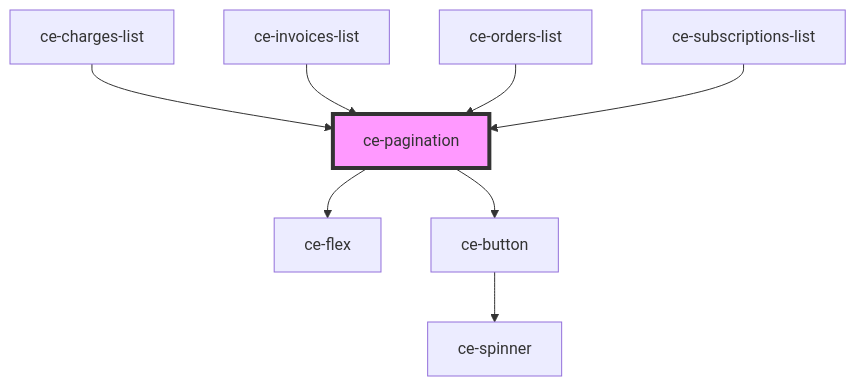
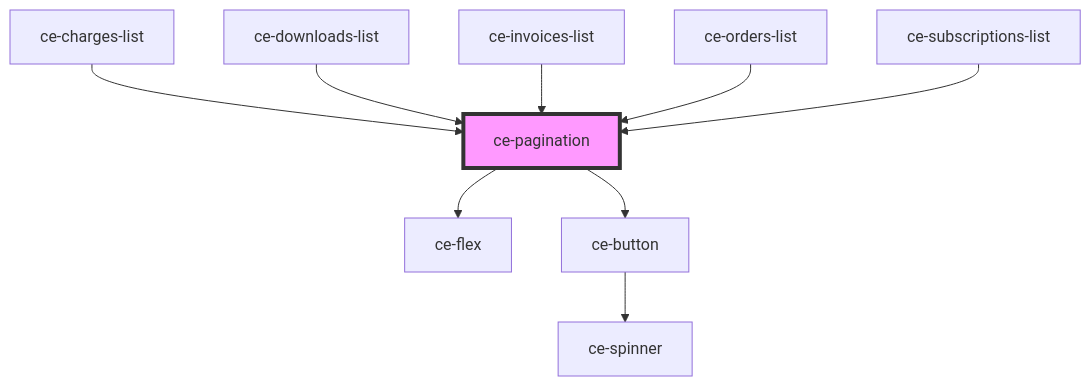
Before and after one commit to surecart/surecart-wp-plugin: the diagram in packages/components/src/components/ui/pagination/readme.md, drawn with Mermaid. The commit also changed other lines of this file and 29 other files, not shown here.

````diff
--- a/packages/components/src/components/ui/pagination/readme.md
+++ b/packages/components/src/components/ui/pagination/readme.md
@@ -42,11 +43,12 @@
 ```mermaid
 graph TD;
   ce-pagination --> ce-flex
   ce-pagination --> ce-button
   ce-button --> ce-spinner
   ce-charges-list --> ce-pagination
+  ce-downloads-list --> ce-pagination
   ce-invoices-list --> ce-pagination
   ce-orders-list --> ce-pagination
   ce-subscriptions-list --> ce-pagination
   style ce-pagination fill:#f9f,stroke:#333,stroke-width:4px
 ```
````
